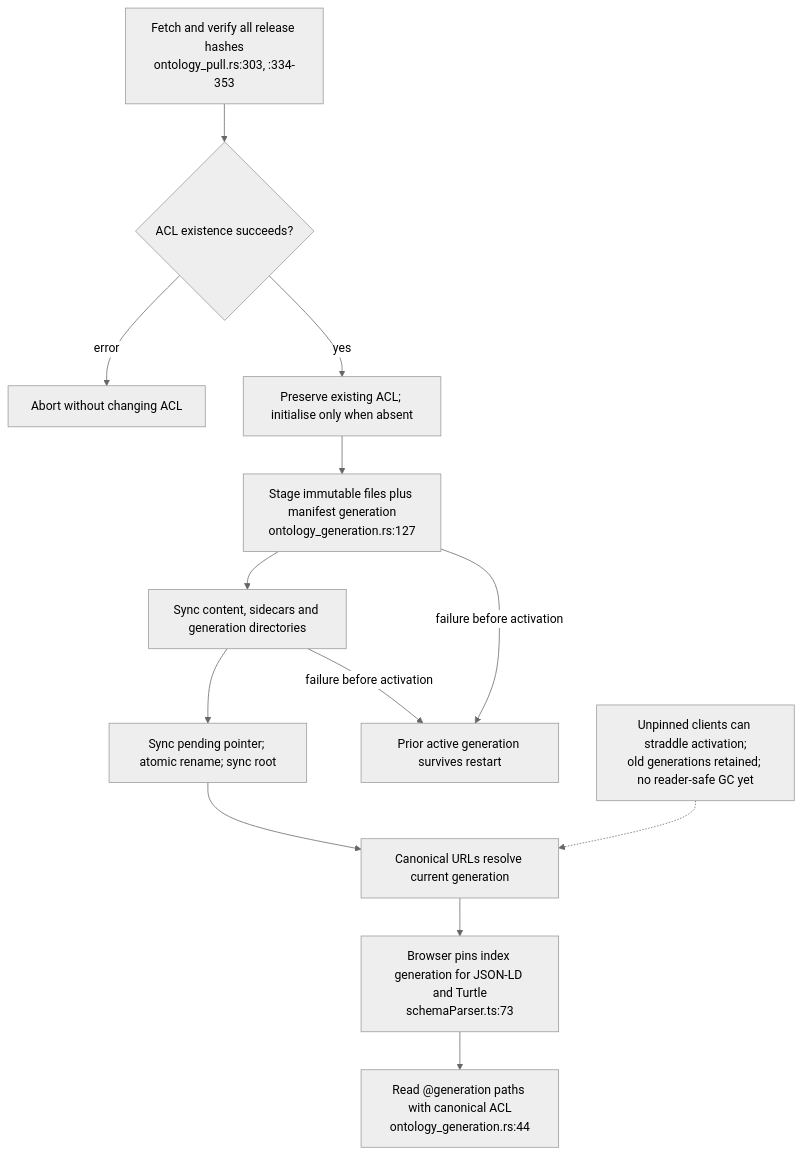
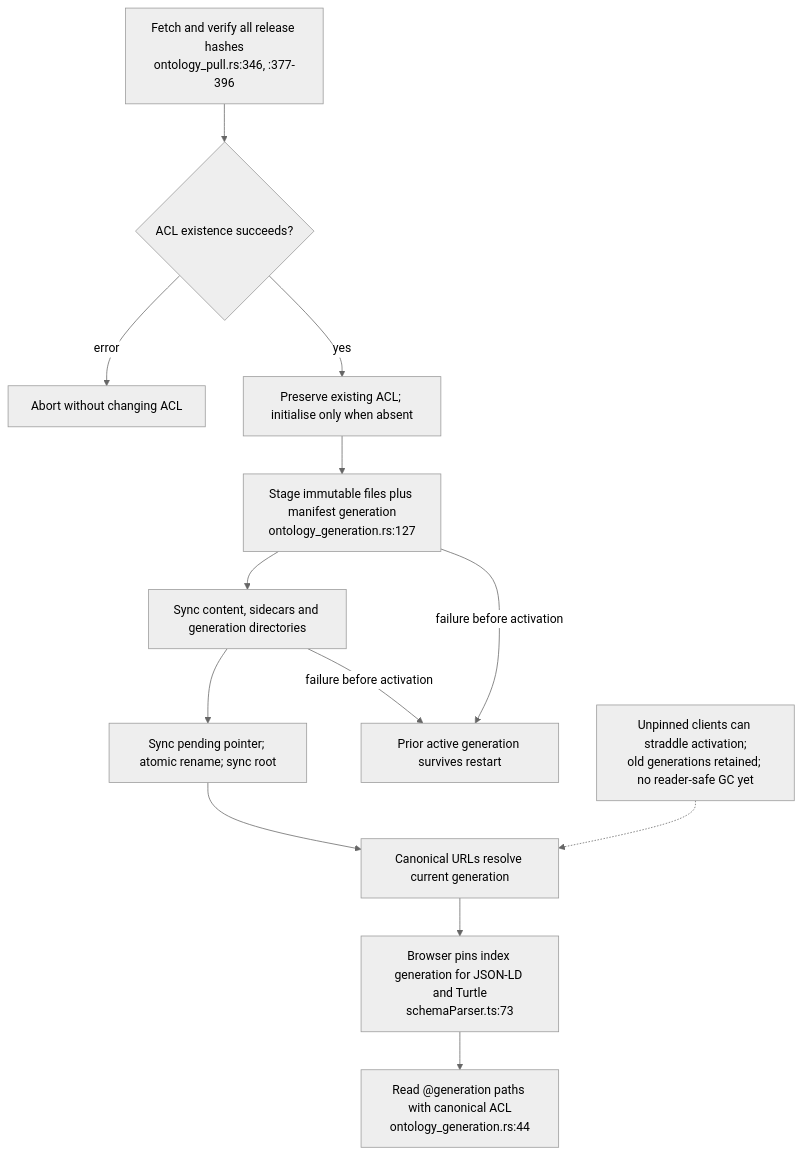
Before and after one commit to DreamLab-AI/VisionFlow: diagram 13 of 13 in docs/diagrams/visionclaw/26-solid-pod-and-jss.md, drawn with Mermaid (neutral theme). The commit also changed other lines of this file and 7 other files, not shown here.

First line of the commit message:
diagrams(visionclaw): re-verify VC-25..28 and VC-30..33 at visionclaw 4900ec60b, agentbox 59b1aca1c

````diff
--- a/docs/diagrams/visionclaw/26-solid-pod-and-jss.md
+++ b/docs/diagrams/visionclaw/26-solid-pod-and-jss.md
@@ -561,15 +567,15 @@
 ```mermaid
 flowchart TD
-    Fetch["Fetch and verify all release hashes<br/>ontology_pull.rs:303, :334-353"] --> Probe{"ACL existence succeeds?"}
+    Fetch["Fetch and verify all release hashes<br/>ontology_pull.rs:346, :377-396"] --> Probe{"ACL existence succeeds?"}
     Probe -->|error| Abort["Abort without changing ACL"]
     Probe -->|yes| ACL["Preserve existing ACL; initialise only when absent"]
     ACL --> Stage["Stage immutable files plus manifest generation<br/>ontology_generation.rs:127"]
     Stage --> Sync["Sync content, sidecars and generation directories"]
     Sync --> Activate["Sync pending pointer; atomic rename; sync root"]
     Stage -->|failure before activation| Old["Prior active generation survives restart"]
     Sync -->|failure before activation| Old
     Activate --> Canonical["Canonical URLs resolve current generation"]
     Canonical --> Pin["Browser pins index generation for JSON-LD and Turtle<br/>schemaParser.ts:73"]
     Pin --> Read["Read @generation paths with canonical ACL<br/>ontology_generation.rs:44"]
     Limit["Unpinned clients can straddle activation;<br/>old generations retained; no reader-safe GC yet"] -.-> Canonical
 ```
````
